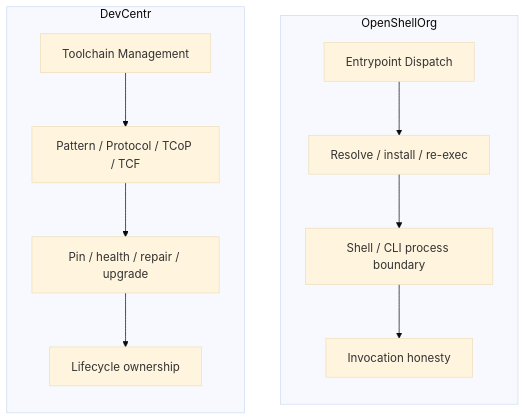
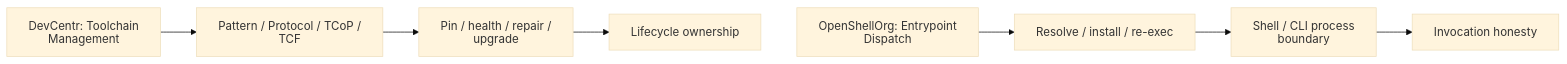
Before and after one commit to openshellorg/shell-architecture: the diagram in docs/modules/ROOT/partials/diagrams/sibling-ownership.mmd, drawn with Mermaid. The commit also changed 57 other files, not shown here.

Commit message:
Add dual-output themed SVG architecture pipeline

```diff
--- a/docs/modules/ROOT/partials/diagrams/sibling-ownership.mmd
+++ b/docs/modules/ROOT/partials/diagrams/sibling-ownership.mmd
@@ -1,19 +1,13 @@
-%%{init: {"flowchart": {"htmlLabels": false}, "theme": "base"}}%%
+%%{init: {"htmlLabels": false, "flowchart": {"htmlLabels": false}, "theme": "base"}}%%
 flowchart LR
-  subgraph dc [DevCentr]
-    TM[Toolchain Management]
-    PP[Pattern / Protocol / TCoP / TCF]
-    LC[Pin / health / repair / upgrade]
-    LO[Lifecycle ownership]
-    TM --> PP --> LC --> LO
-  end
-
-  subgraph oso [OpenShellOrg]
-    ED[Entrypoint Dispatch]
-    RI[Resolve / install / re-exec]
-    SB[Shell / CLI process boundary]
-    IH[Invocation honesty]
-    ED --> RI --> SB --> IH
-  end
-
-  dc ~~~ oso
+  TM[DevCentr: Toolchain Management]
+  PP[Pattern / Protocol / TCoP / TCF]
+  LC[Pin / health / repair / upgrade]
+  LO[Lifecycle ownership]
+  TM --> PP --> LC --> LO
+  ED[OpenShellOrg: Entrypoint Dispatch]
+  RI[Resolve / install / re-exec]
+  SB[Shell / CLI process boundary]
+  IH[Invocation honesty]
+  ED --> RI --> SB --> IH
+  LO ~~~ ED
```
